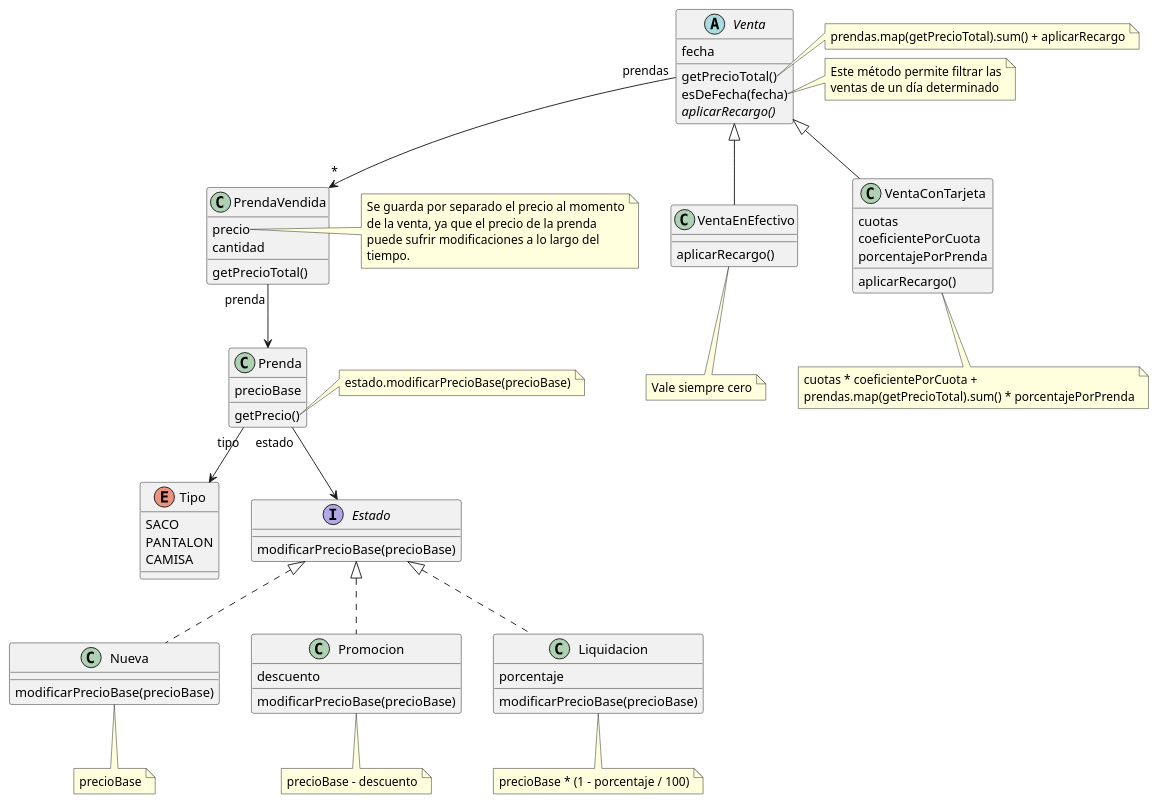
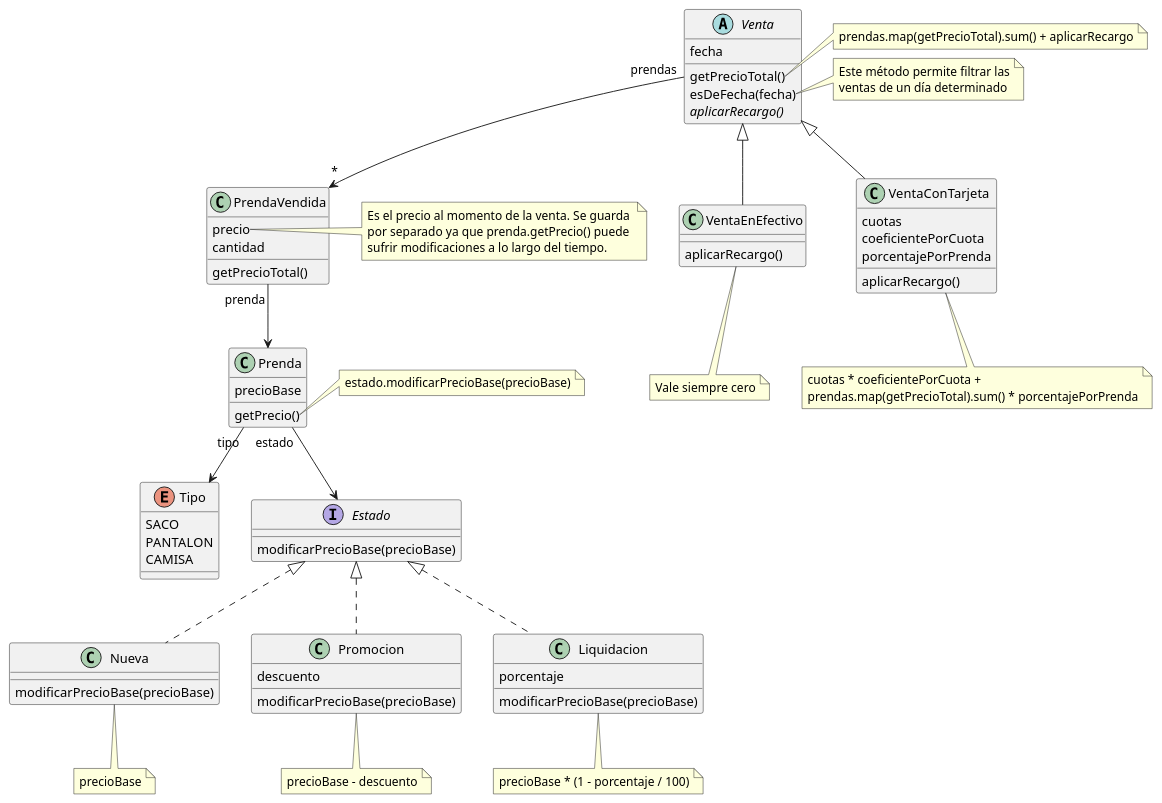
Before and after one commit to RaniAgus/dds-jv-2022-macowins: the diagram in docs/diagram.puml, drawn with PlantUML.

```diff
--- a/docs/diagram.puml
+++ b/docs/diagram.puml
@@ -1,113 +1,112 @@
 @startuml
 abstract class Venta {
   fecha
   getPrecioTotal()
   esDeFecha(fecha)
   {abstract} aplicarRecargo()
 }
 
 Venta "prendas" --> "*" PrendaVendida
 
 note right of Venta::getPrecioTotal
   prendas.map(getPrecioTotal).sum() + aplicarRecargo
 end note
 
 note right of Venta::esDeFecha
   Este método permite filtrar las
   ventas de un día determinado
 end note
 
 class VentaEnEfectivo extends Venta {
   aplicarRecargo()
 }
 
 note as RecargoEfectivo
   Vale siempre cero
 end note
 
 VentaEnEfectivo .. RecargoEfectivo
 
 class VentaConTarjeta extends Venta {
   cuotas
   coeficientePorCuota
   porcentajePorPrenda
   aplicarRecargo()
 }
 
 note as RecargoTarjeta
   cuotas * coeficientePorCuota + 
   prendas.map(getPrecioTotal).sum() * porcentajePorPrenda
 end note
 
 VentaConTarjeta .. RecargoTarjeta
 
 class PrendaVendida {
   precio
   cantidad
   getPrecioTotal()
 }
 
 PrendaVendida "prenda" --> Prenda
 
 note right of PrendaVendida::precio
-  Se guarda por separado el precio al momento
-  de la venta, ya que el precio de la prenda
-  puede sufrir modificaciones a lo largo del
-  tiempo.
+  Es el precio al momento de la venta. Se guarda 
+  por separado ya que prenda.getPrecio() puede 
+  sufrir modificaciones a lo largo del tiempo.
 end note
 
 class Prenda {
   precioBase
   getPrecio()
 }
 
 Prenda "tipo" --> Tipo
 Prenda "estado" --> Estado
 
 note right of Prenda::getPrecio
   estado.modificarPrecioBase(precioBase)
 end note
 
 enum Tipo {
   SACO
   PANTALON
   CAMISA
 }
 
 interface Estado {
   modificarPrecioBase(precioBase)
 }
 
 class Nueva implements Estado {
   modificarPrecioBase(precioBase)
 }
 
 note as NuevaCalculo
 precioBase
 end note
 
 Nueva .. NuevaCalculo
 
 class Promocion implements Estado {
   descuento
   modificarPrecioBase(precioBase)
 }
 
 note as PromocionCalculo
 precioBase - descuento
 end note
 
 Promocion .. PromocionCalculo
 
 class Liquidacion implements Estado {
   porcentaje
   modificarPrecioBase(precioBase)
 }
 
 note as LiquidacionCalculo
 precioBase * (1 - porcentaje / 100)
 end note
 
 Liquidacion .. LiquidacionCalculo
 
 @enduml
```
